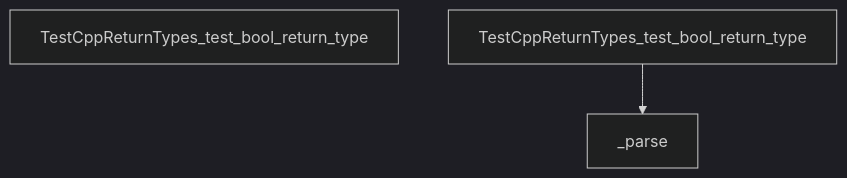
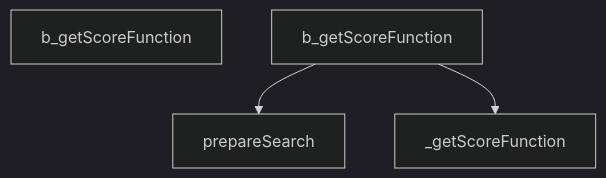
One commit to hazalkoom/DECODEx01 changed diagram 20 of 27 in docs/DATA_FLOW.md. Above: the diagram before and after it, drawn with Mermaid (dark theme). The commit also changed other lines of this file and 12 other files, not shown here.

````diff
--- a/docs/DATA_FLOW.md
+++ b/docs/DATA_FLOW.md
@@ -801,9 +663,13 @@
 ```mermaid
 graph TD
-    Start[TestCppReturnTypes_test_bool_return_type]
+    Start[b_getScoreFunction]
 
 
-    TestCppReturnTypes_test_bool_return_type --> _parse
+    b_getScoreFunction --> prepareSearch
+
+
+
+    b_getScoreFunction --> _getScoreFunction
 
 
 ```
````
